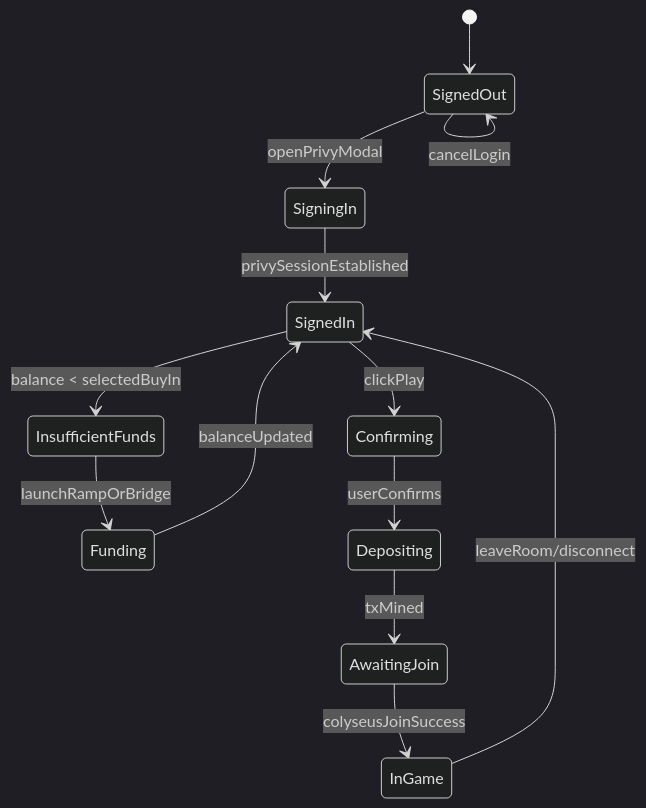
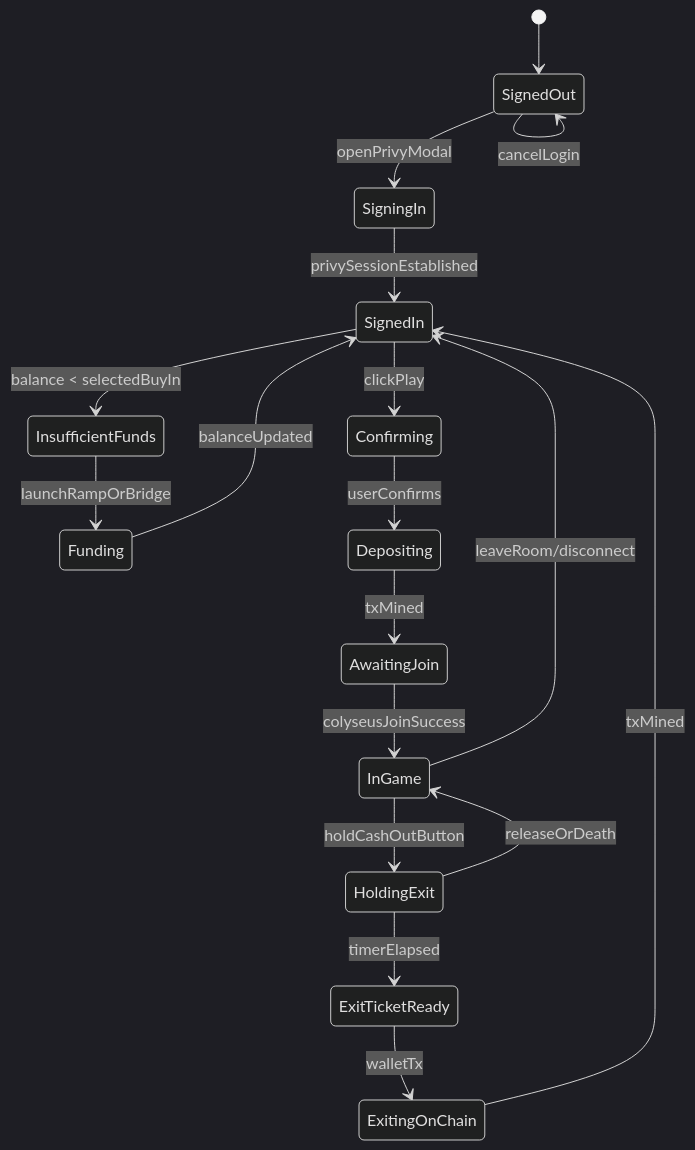
The seventh of 9 diagrams in ARCHITECTURE.md (TheExpandingPolytope/goonverse), drawn with Mermaid (dark theme) before and after one commit. The commit also changed other lines of this file and 37 other files, not shown here.

````diff
--- a/ARCHITECTURE.md
+++ b/ARCHITECTURE.md
@@ -325,15 +396,20 @@
 ```mermaid
 stateDiagram-v2
     [*] --> SignedOut
     SignedOut --> SigningIn: openPrivyModal
     SigningIn --> SignedIn: privySessionEstablished
     SignedIn --> InsufficientFunds: balance < selectedBuyIn
     InsufficientFunds --> Funding: launchRampOrBridge
     Funding --> SignedIn: balanceUpdated
     SignedIn --> Confirming: clickPlay
     Confirming --> Depositing: userConfirms
     Depositing --> AwaitingJoin: txMined
     AwaitingJoin --> InGame: colyseusJoinSuccess
+    InGame --> HoldingExit: holdCashOutButton
+    HoldingExit --> InGame: releaseOrDeath
+    HoldingExit --> ExitTicketReady: timerElapsed
+    ExitTicketReady --> ExitingOnChain: walletTx
+    ExitingOnChain --> SignedIn: txMined
     InGame --> SignedIn: leaveRoom/disconnect
     SignedOut --> SignedOut: cancelLogin
 ```
````
